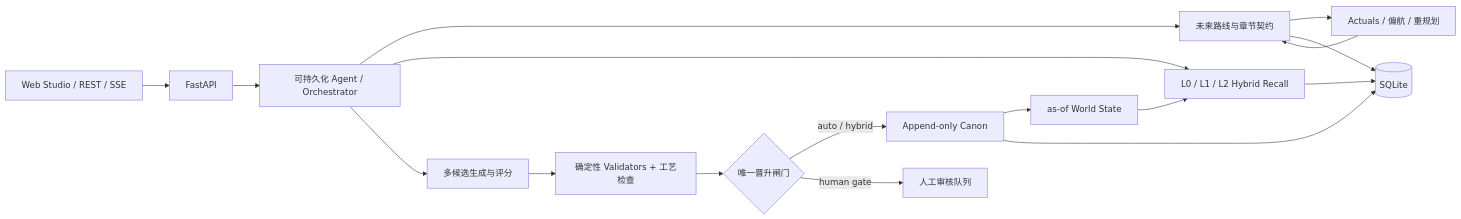
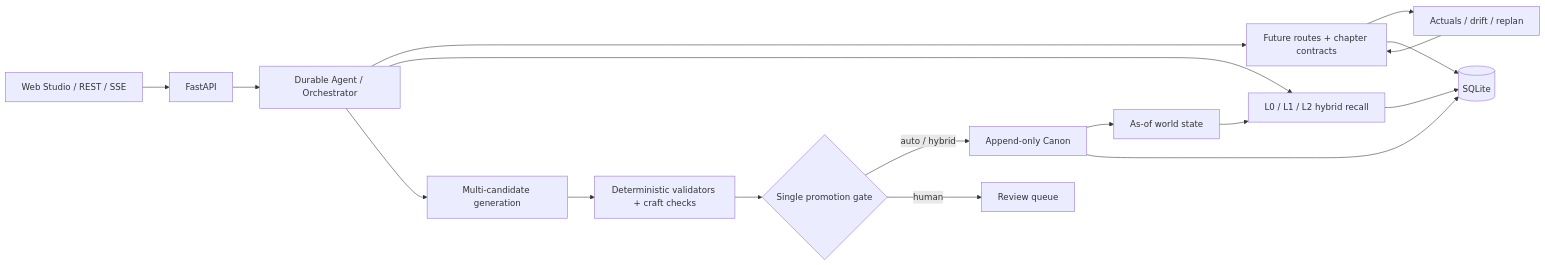
One commit to nasa1024/zi changed the diagram in README.md. Above: the diagram before and after it, drawn with Mermaid. The commit also changed other lines of this file and 6 other files, not shown here.

````diff
--- a/README.md
+++ b/README.md
@@ -94,19 +125,19 @@
 ```mermaid
 flowchart LR
     UI["Web Studio / REST / SSE"] --> API["FastAPI"]
-    API --> Agent["可持久化 Agent / Orchestrator"]
-    Agent --> Plan["未来路线与章节契约"]
-    Agent --> Recall["L0 / L1 / L2 Hybrid Recall"]
-    Agent --> Draft["多候选生成与评分"]
-    Draft --> Check["确定性 Validators + 工艺检查"]
-    Check --> Gate{"唯一晋升闸门"}
+    API --> Agent["Durable Agent / Orchestrator"]
+    Agent --> Plan["Future routes + chapter contracts"]
+    Agent --> Recall["L0 / L1 / L2 hybrid recall"]
+    Agent --> Draft["Multi-candidate generation"]
+    Draft --> Check["Deterministic validators + craft checks"]
+    Check --> Gate{"Single promotion gate"}
     Gate -->|auto / hybrid| Canon["Append-only Canon"]
-    Gate -->|human gate| Review["人工审核队列"]
-    Canon --> State["as-of World State"]
+    Gate -->|human| Review["Review queue"]
+    Canon --> State["As-of world state"]
     State --> Recall
-    Plan --> Actuals["Actuals / 偏航 / 重规划"]
+    Plan --> Actuals["Actuals / drift / replan"]
     Actuals --> Plan
     Canon --> DB[("SQLite")]
     Recall --> DB
     Plan --> DB
 ```
````
